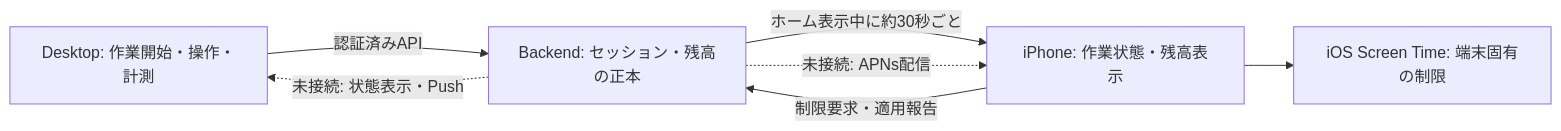
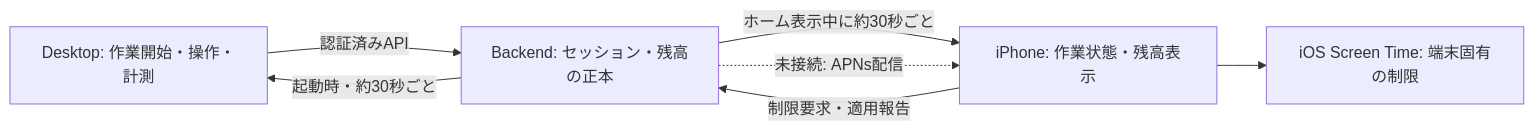
The diagram in docs/spec/8.desktop-mobile連携の現状と課題.md (jphacks/tkb_2622), drawn with Mermaid before and after one commit. The commit also changed other lines of this file and 9 other files, not shown here.

````diff
--- a/docs/spec/8.desktop-mobile連携の現状と課題.md
+++ b/docs/spec/8.desktop-mobile連携の現状と課題.md
@@ -25,9 +25,9 @@
 ```mermaid
 flowchart LR
     D[Desktop: 作業開始・操作・計測] -->|認証済みAPI| B[Backend: セッション・残高の正本]
     B -->|ホーム表示中に約30秒ごと| I[iPhone: 作業状態・残高表示]
     I -->|制限要求・適用報告| B
     I --> O[iOS Screen Time: 端末固有の制限]
-    B -.未接続: 状態表示・Push.-> D
+    B -->|起動時・約30秒ごと| D
     B -.未接続: APNs配信.-> I
 ```
````
